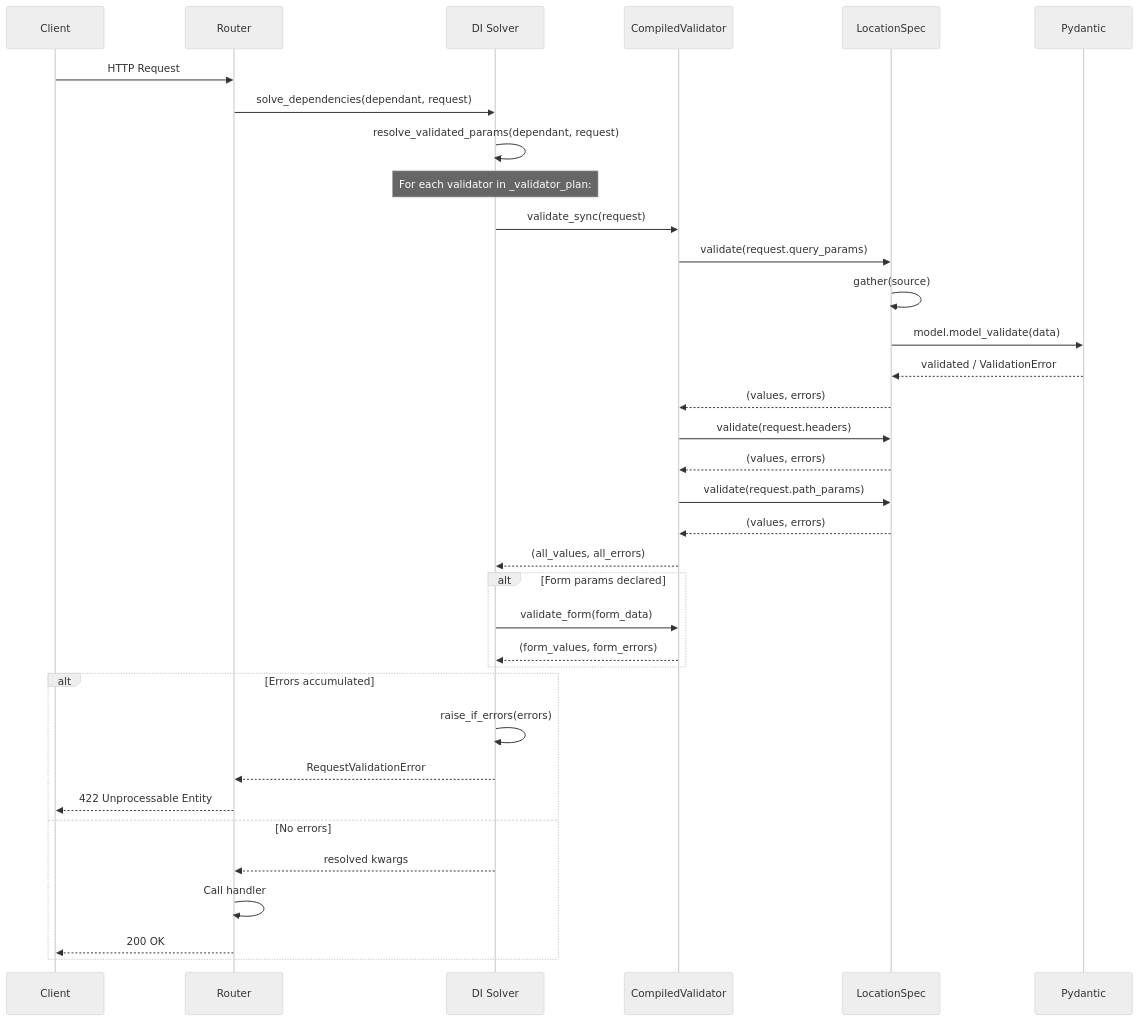
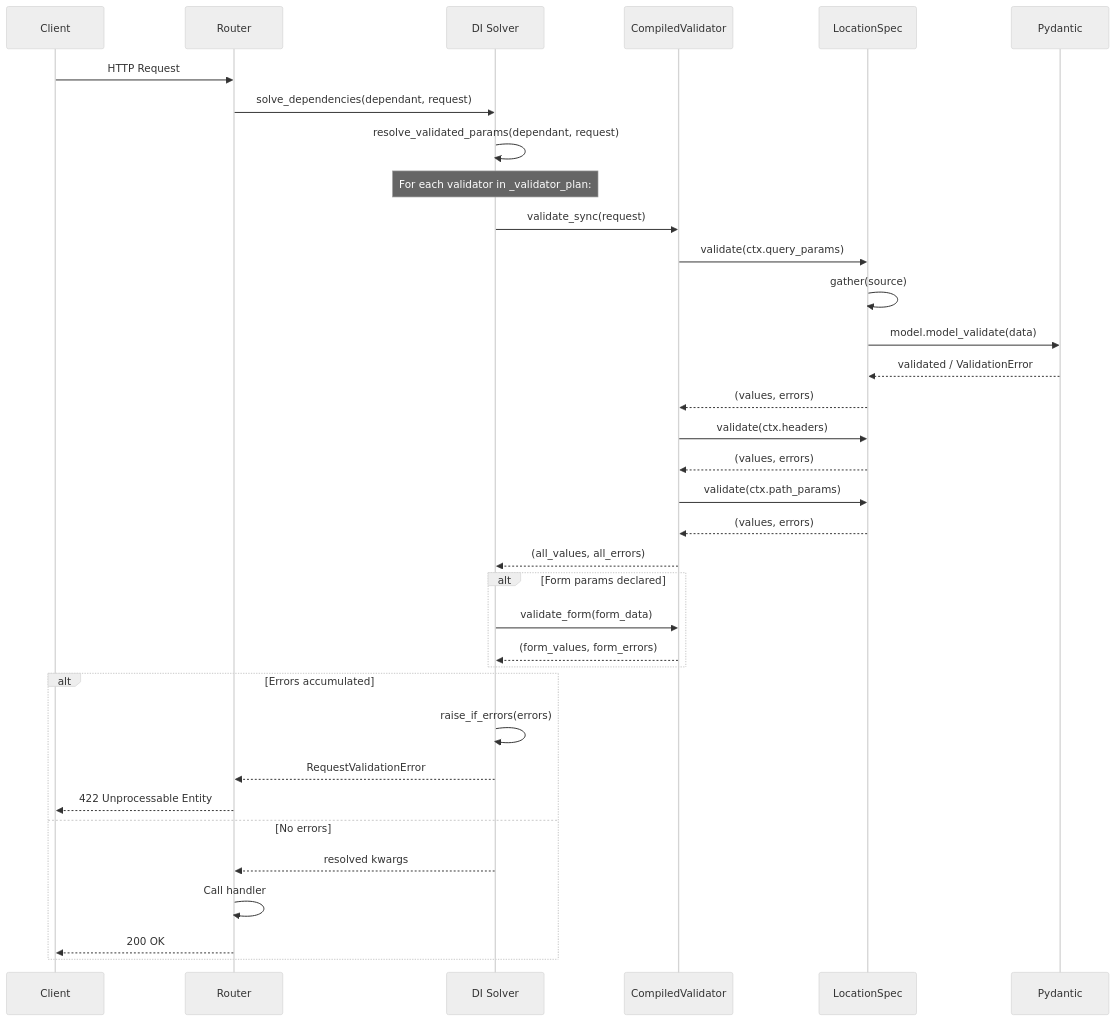
One commit to sillohq/core changed the third of 5 diagrams in docs/docs/src/content/docs/v1.0/advanced/validation.md. Above: the diagram before and after it, drawn with Mermaid (neutral theme). The commit also changed other lines of this file and 72 other files, not shown here.

````diff
--- a/docs/docs/src/content/docs/v1.0/advanced/validation.md
+++ b/docs/docs/src/content/docs/v1.0/advanced/validation.md
@@ -628,42 +628,42 @@
 ```mermaid
 sequenceDiagram
     participant Client
     participant Router
     participant DI as DI Solver
     participant CV as CompiledValidator
     participant LS as LocationSpec
     participant Pydantic
 
     Client->>Router: HTTP Request
     Router->>DI: solve_dependencies(dependant, request)
     DI->>DI: resolve_validated_params(dependant, request)
 
     Note over DI: For each validator in _validator_plan:
 
     DI->>CV: validate_sync(request)
-    CV->>LS: validate(request.query_params)
+    CV->>LS: validate(ctx.query_params)
     LS->>LS: gather(source)
     LS->>Pydantic: model.model_validate(data)
     Pydantic-->>LS: validated / ValidationError
     LS-->>CV: (values, errors)
-    CV->>LS: validate(request.headers)
+    CV->>LS: validate(ctx.headers)
     LS-->>CV: (values, errors)
-    CV->>LS: validate(request.path_params)
+    CV->>LS: validate(ctx.path_params)
     LS-->>CV: (values, errors)
     CV-->>DI: (all_values, all_errors)
 
     alt Form params declared
         DI->>CV: validate_form(form_data)
         CV-->>DI: (form_values, form_errors)
     end
 
     alt Errors accumulated
         DI->>DI: raise_if_errors(errors)
         DI-->>Router: RequestValidationError
         Router-->>Client: 422 Unprocessable Entity
     else No errors
         DI-->>Router: resolved kwargs
         Router->>Router: Call handler
         Router-->>Client: 200 OK
     end
 ```
````
